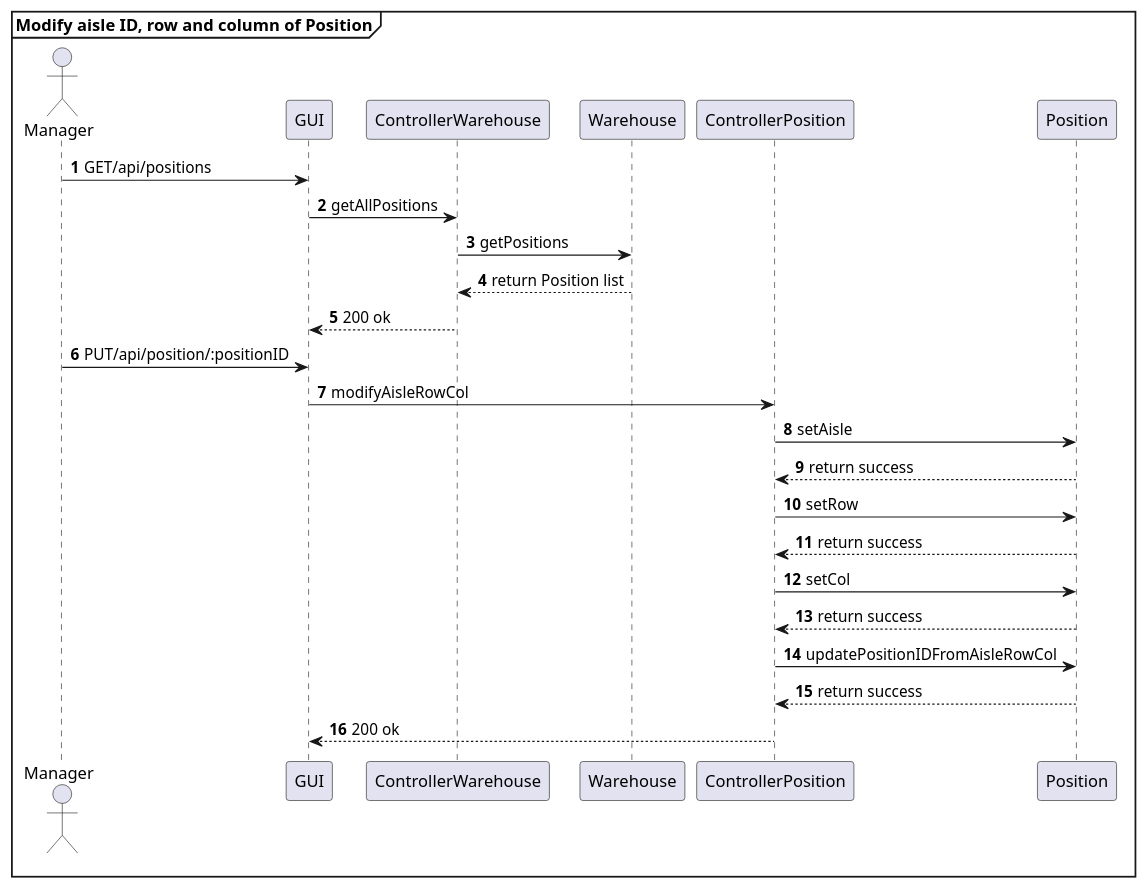
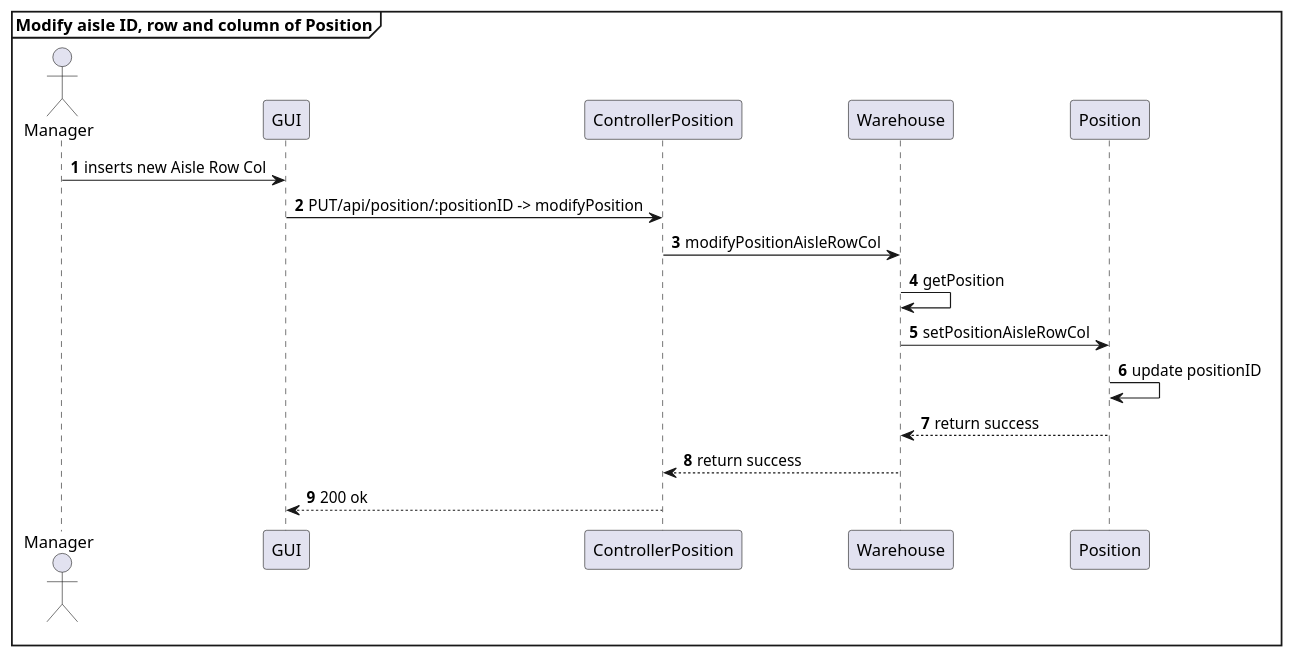
One commit to AlexZampa/EzWh changed the ninth of 29 diagrams in DesignDocument.md. Above: the diagram before and after it, drawn with PlantUML. The commit also changed other lines of this file, not shown here.

````diff
--- a/DesignDocument.md
+++ b/DesignDocument.md
@@ -665,30 +671,21 @@
 ```plantuml
 mainframe **Modify aisle ID, row and column of Position**
 actor Manager
 participant GUI
-participant ControllerWarehouse
+participant ControllerPosition
 participant Warehouse
-participant ControllerPosition
 participant Position
 
 autonumber
-Manager -> GUI : GET/api/positions
-GUI -> ControllerWarehouse : getAllPositions
-ControllerWarehouse -> Warehouse : getPositions
-ControllerWarehouse <-- Warehouse : return Position list
-GUI <-- ControllerWarehouse : 200 ok
-
-Manager -> GUI : PUT/api/position/:positionID
-GUI -> ControllerPosition : modifyAisleRowCol
-ControllerPosition -> Position : setAisle
-ControllerPosition <-- Position : return success
-ControllerPosition -> Position : setRow
-ControllerPosition <-- Position : return success
-ControllerPosition -> Position : setCol
-ControllerPosition <-- Position : return success
-ControllerPosition -> Position : updatePositionIDFromAisleRowCol
-ControllerPosition <-- Position : return success
+Manager -> GUI : inserts new Aisle Row Col
+GUI -> ControllerPosition : PUT/api/position/:positionID -> modifyPosition
+ControllerPosition -> Warehouse : modifyPositionAisleRowCol
+Warehouse -> Warehouse : getPosition
+Warehouse -> Position : setPositionAisleRowCol
+Position -> Position : update positionID
+Warehouse <-- Position : return success
+ControllerPosition <-- Warehouse : return success
 GUI <-- ControllerPosition : 200 ok
 
 @enduml
 ```
````
